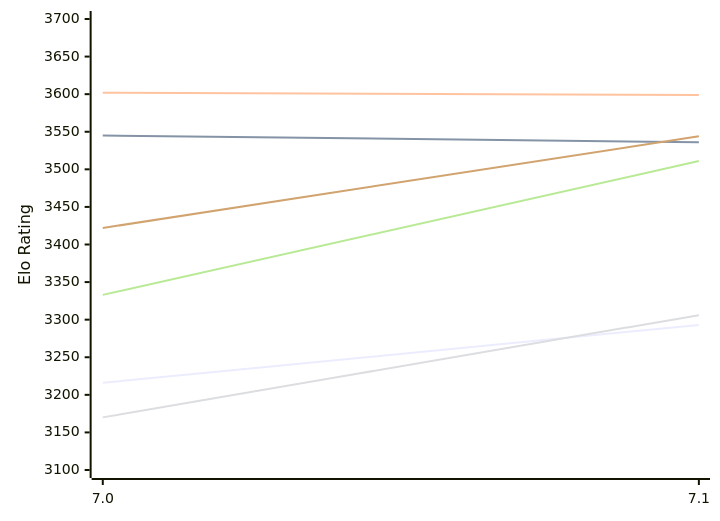
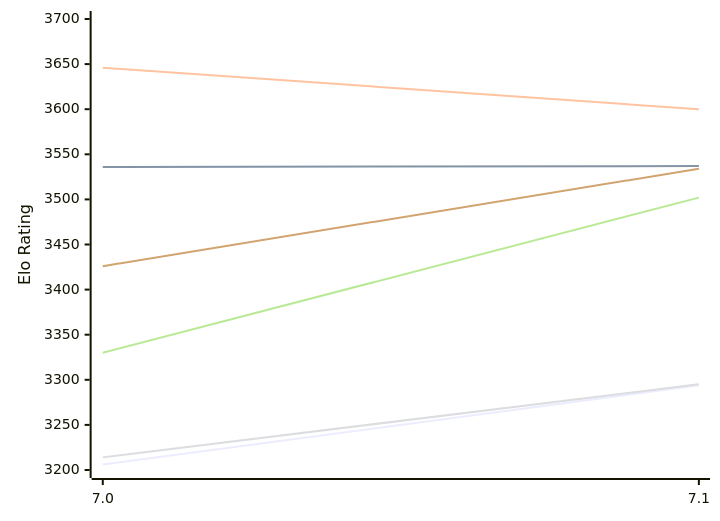
One commit to computer-chess-index/cci changed the first of 2 diagrams in engines/PZChessBot.md. Above: the diagram before and after it, drawn with Mermaid. The commit also changed other lines of this file, not shown here.

Commit message:
Update CCI Ratings (ELO VLTC) - 2026-11-15

````diff
--- a/engines/PZChessBot.md
+++ b/engines/PZChessBot.md
@@ -53,12 +53,12 @@
 ```mermaid
 %%{init: {"theme":"base","themeVariables":{"seriesColors:['#a3a3a3','#222221','#faa371']}}}%%
 xychart-beta
   x-axis ["7.0", "7.1"]
-  y-axis "Elo Rating" 3100 --> 3700
-  line "E1: STC (8.0+0.08s)" [3216, 3293]
-  line "E1: LTC (60.0+0.60s)" [3545, 3536]
-  line "E1: VLTC (2m24s+1.12s)" [3602, 3599]
-  line "P1: STC (8.0+0.08s)" [3170, 3306]
-  line "P1: LTC (60.0+0.60s)" [3333, 3511]
-  line "P1: VLTC (2m24s+1.12s)" [3422, 3544]
+  y-axis "Elo Rating" 3200 --> 3700
+  line "E1: STC (8.0+0.08s)" [3206, 3294]
+  line "E1: LTC (60.0+0.60s)" [3536, 3537]
+  line "E1: VLTC (2m24s+1.12s)" [3646, 3600]
+  line "P1: STC (8.0+0.08s)" [3214, 3295]
+  line "P1: LTC (60.0+0.60s)" [3330, 3502]
+  line "P1: VLTC (2m24s+1.12s)" [3426, 3534]
 ```
````
